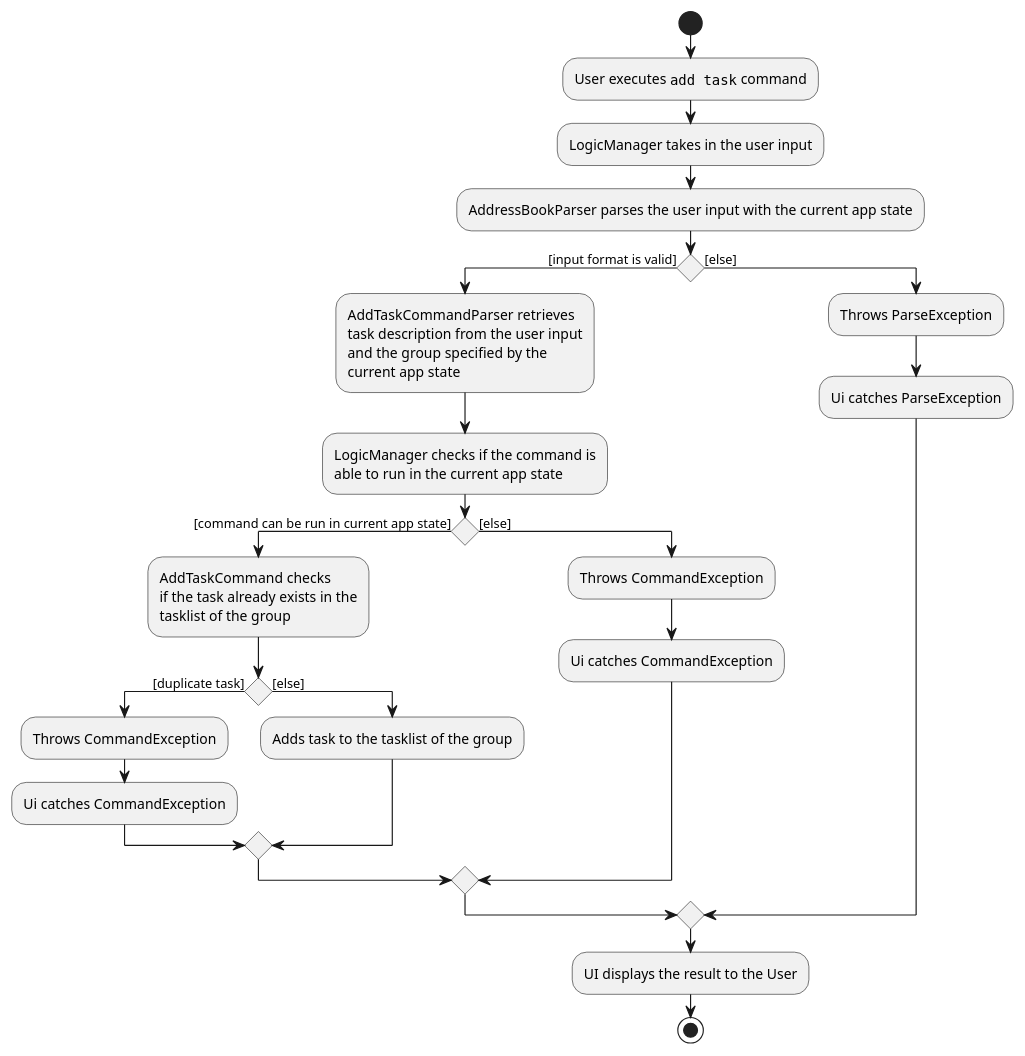
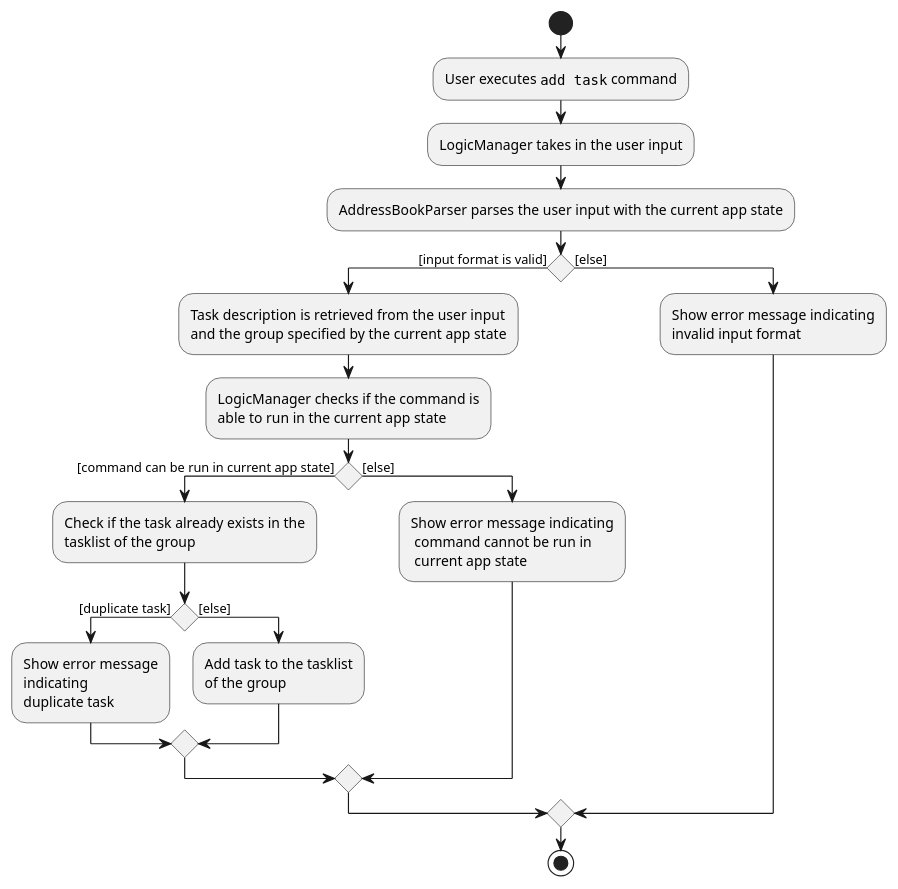
Before and after one commit to thanwinnikki/tp: the diagram in docs/diagrams/AddTaskCommandActivityDiagram.puml, drawn with PlantUML. The commit also changed 4 other files, not shown here.

Commit message:
Update diagrams

```diff
--- a/docs/diagrams/AddTaskCommandActivityDiagram.puml
+++ b/docs/diagrams/AddTaskCommandActivityDiagram.puml
@@ -1,50 +1,49 @@
 @startuml
 'https://plantuml.com/activity-diagram-beta
 
 start
 
 :User executes ""add task"" command;
 :LogicManager takes in the user input;
 :AddressBookParser parses the user input with the current app state;
 
 
 if () then ([input format is valid])
-    :AddTaskCommandParser retrieves
-    task description from the user input
-    and the group specified by the
-    current app state;
+    :Task description is retrieved from the user input
+    and the group specified by the current app state;
 
     :LogicManager checks if the command is
     able to run in the current app state;
 
     if () then ([command can be run in current app state])
 
-    :AddTaskCommand checks
-    if the task already exists in the
+    :Check if the task already exists in the
     tasklist of the group;
 
     if () then ([duplicate task])
-    :Throws CommandException;
-        :Ui catches CommandException;
+    :Show error message
+    indicating
+    duplicate task;
 
     else ([else])
-    :Adds task to the tasklist of the group;
+    :Add task to the tasklist
+    of the group;
 
     endif
 
     else ([else])
-    :Throws CommandException;
-    :Ui catches CommandException;
+    :Show error message indicating
+     command cannot be run in
+     current app state;
 
     endif
 
 else ([else])
-    :Throws ParseException;
-    :Ui catches ParseException;
+    :Show error message indicating
+    invalid input format;
 
 endif
-:UI displays the result to the User;
 
 stop
 
 @enduml
```
